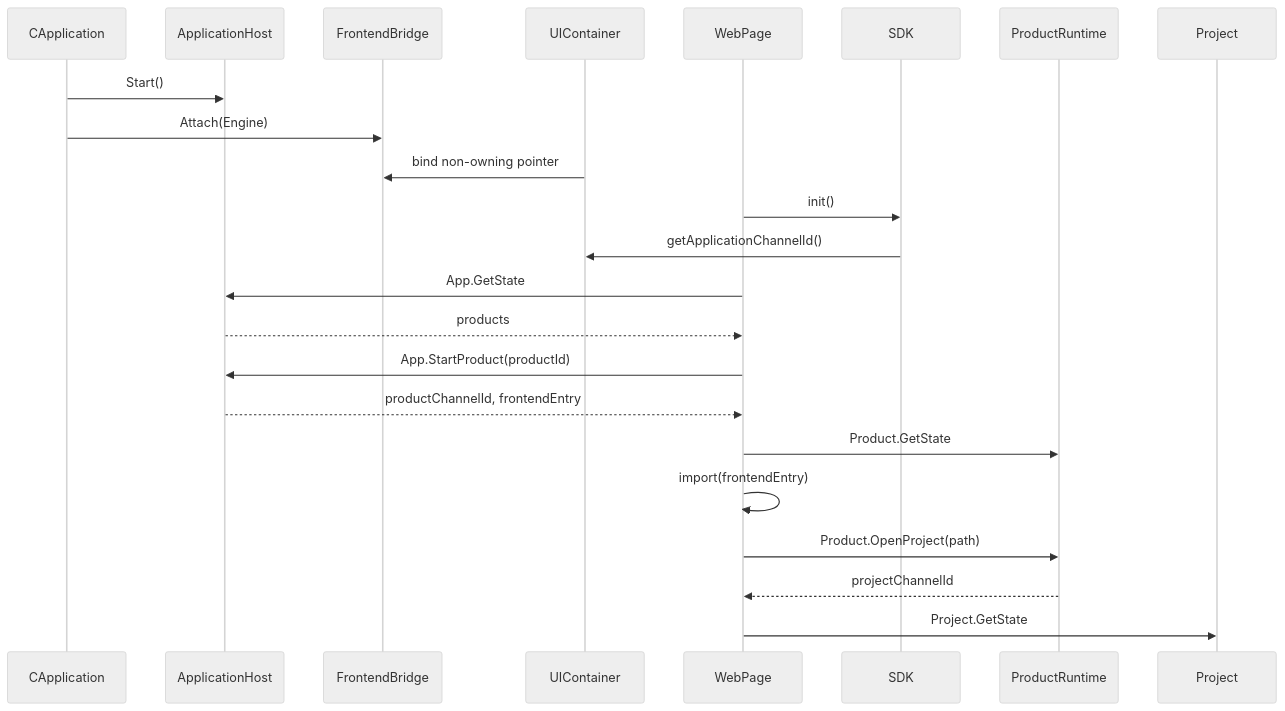
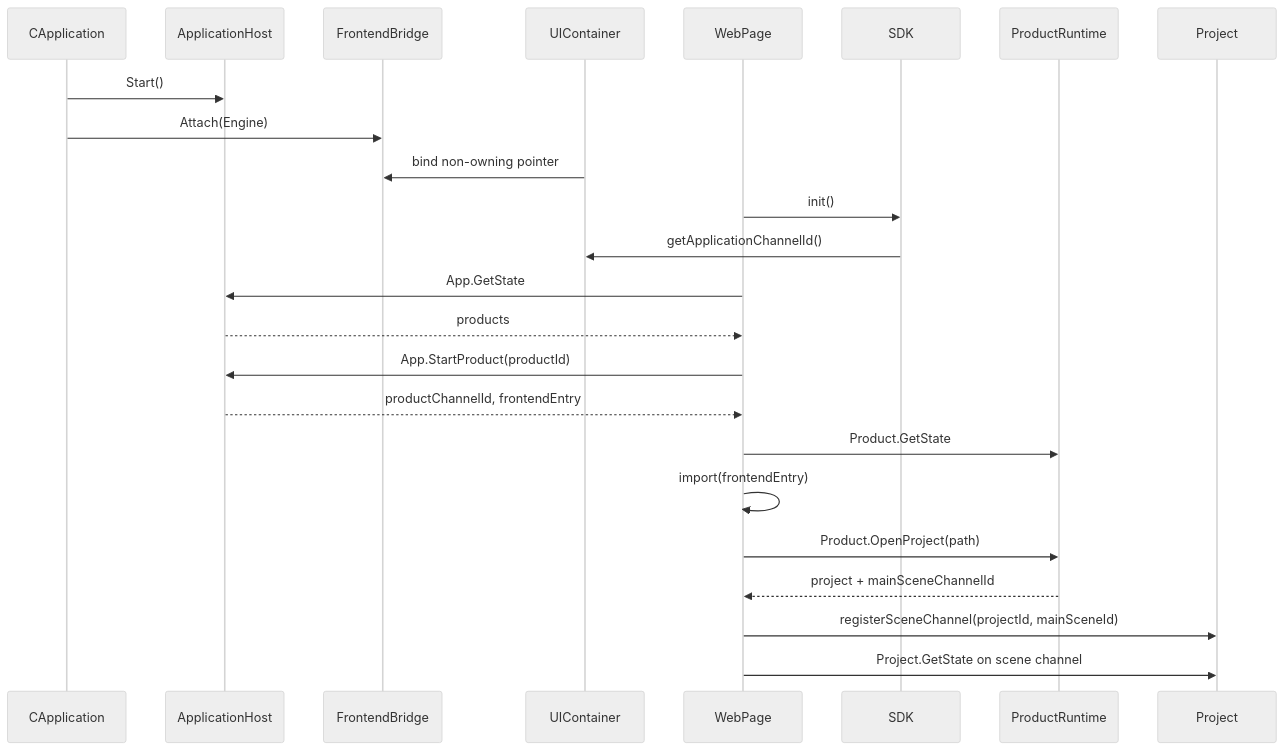
One commit to penguinchiang0609-ui/iCAX changed the second of 2 diagrams in doc/iCAX-UI/iCAX-UI设计文档.md. Above: the diagram before and after it, drawn with Mermaid (neutral theme). The commit also changed other lines of this file and 35358 other files, not shown here.

````diff
--- a/doc/iCAX-UI/iCAX-UI设计文档.md
+++ b/doc/iCAX-UI/iCAX-UI设计文档.md
@@ -283,26 +289,27 @@
 ```mermaid
 sequenceDiagram
     participant NativeApp as CApplication
     participant Engine as ApplicationHost
     participant Bridge as FrontendBridge
     participant Host as UIContainer
     participant Page as WebPage
     participant SDK as SDK
     participant Product as ProductRuntime
     participant Project as Project
 
     NativeApp->>Engine: Start()
     NativeApp->>Bridge: Attach(Engine)
     Host->>Bridge: bind non-owning pointer
     Page->>SDK: init()
     SDK->>Host: getApplicationChannelId()
     Page->>Engine: App.GetState
     Engine-->>Page: products
     Page->>Engine: App.StartProduct(productId)
     Engine-->>Page: productChannelId, frontendEntry
     Page->>Product: Product.GetState
     Page->>Page: import(frontendEntry)
     Page->>Product: Product.OpenProject(path)
-    Product-->>Page: projectChannelId
-    Page->>Project: Project.GetState
+    Product-->>Page: project + mainSceneChannelId
+    Page->>Project: registerSceneChannel(projectId, mainSceneId)
+    Page->>Project: Project.GetState on scene channel
 ```
````
